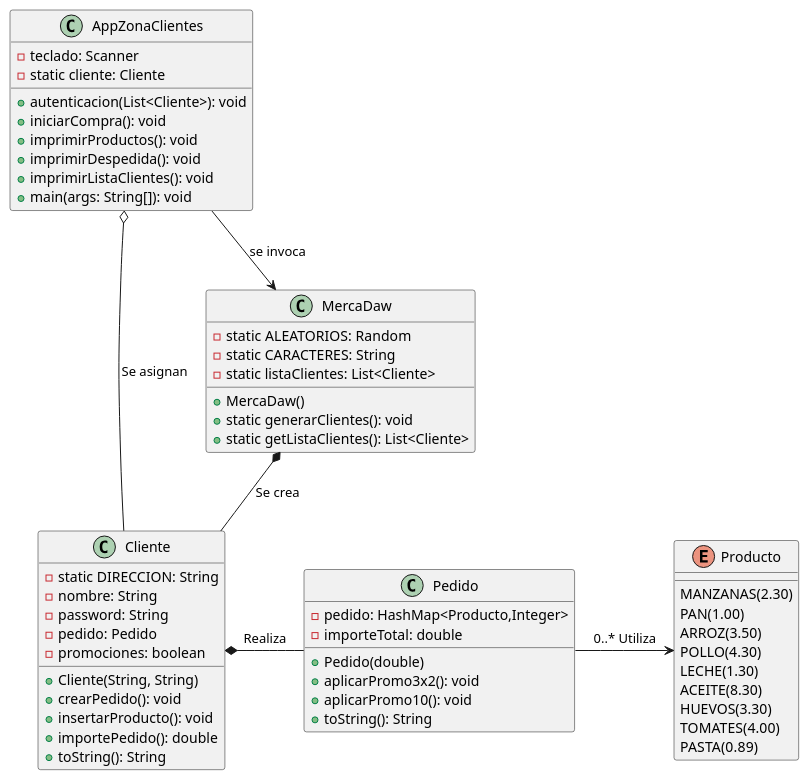
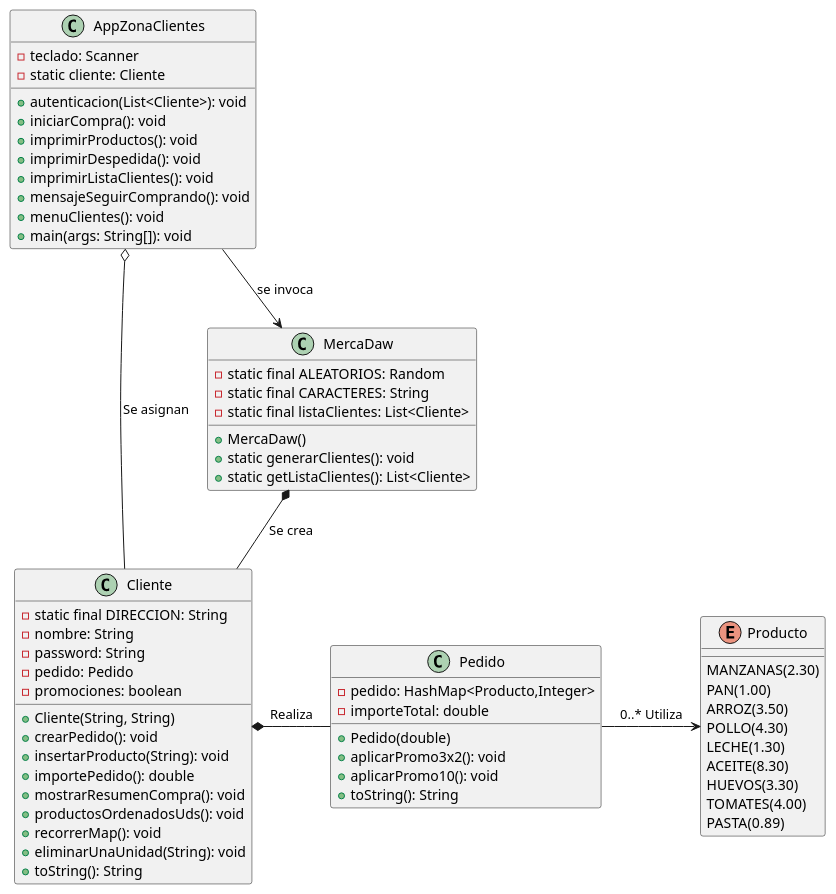
Before and after one commit to fustran/Ejercicios_Ivan_Poo: the diagram in src/main/java/com/poo/T7_Colecciones_Dinamicas_Datos/MercaDaw/PlantUML/diagrama.puml, drawn with PlantUML. The commit also changed 44 other files, not shown here.

```diff
--- a/src/main/java/com/poo/T7_Colecciones_Dinamicas_Datos/MercaDaw/PlantUML/diagrama.puml
+++ b/src/main/java/com/poo/T7_Colecciones_Dinamicas_Datos/MercaDaw/PlantUML/diagrama.puml
@@ -1,65 +1,73 @@
 @startuml
 
 top to bottom direction
 
-  class AppZonaClientes {
-    - teclado: Scanner
-    - static cliente: Cliente
-    + autenticacion(List<Cliente>): void
-    + iniciarCompra(): void
-    + imprimirProductos(): void
-    + imprimirDespedida(): void
-    + imprimirListaClientes(): void
-    + main(args: String[]): void
-  }
+ class AppZonaClientes {
+     - teclado: Scanner
+     - static cliente: Cliente
+     + autenticacion(List<Cliente>): void
+     + iniciarCompra(): void
+     + imprimirProductos(): void
+     + imprimirDespedida(): void
+     + imprimirListaClientes(): void
+     + mensajeSeguirComprando(): void
+     + menuClientes(): void
+     + main(args: String[]): void
+   }
 
-  class MercaDaw {
-    - static ALEATORIOS: Random
-    - static CARACTERES: String
-    - static listaClientes: List<Cliente>
+class MercaDaw {
+    - static final ALEATORIOS: Random
+    - static final CARACTERES: String
+    - static final listaClientes: List<Cliente>
     + MercaDaw()
     + static generarClientes(): void
     + static getListaClientes(): List<Cliente>
 }
 
-  class Cliente {
-    - static DIRECCION: String
+
+class Cliente {
+    - static final DIRECCION: String
     - nombre: String
     - password: String
     - pedido: Pedido
     - promociones: boolean
     + Cliente(String, String)
     + crearPedido(): void
-    + insertarProducto(): void
+    + insertarProducto(String): void
     + importePedido(): double
+    + mostrarResumenCompra(): void
+    + productosOrdenadosUds(): void
+    + recorrerMap(): void
+    + eliminarUnaUnidad(String): void
     + toString(): String
-  }
+}
+
 
   class Pedido {
     - pedido: HashMap<Producto,Integer>
     - importeTotal: double
     + Pedido(double)
     + aplicarPromo3x2(): void
     + aplicarPromo10(): void
     + toString(): String
   }
 
 enum Producto {
   MANZANAS(2.30)
   PAN(1.00)
   ARROZ(3.50)
   POLLO(4.30)
   LECHE(1.30)
   ACEITE(8.30)
   HUEVOS(3.30)
   TOMATES(4.00)
   PASTA(0.89)
 }
 
 AppZonaClientes -down-> MercaDaw       : se invoca
 MercaDaw       *--down Cliente         : Se crea
 Cliente        *--right Pedido          : Realiza
 Pedido         -right-> Producto       : 0..* Utiliza
 AppZonaClientes o--right Cliente      : Se asignan
 
 @enduml
```
